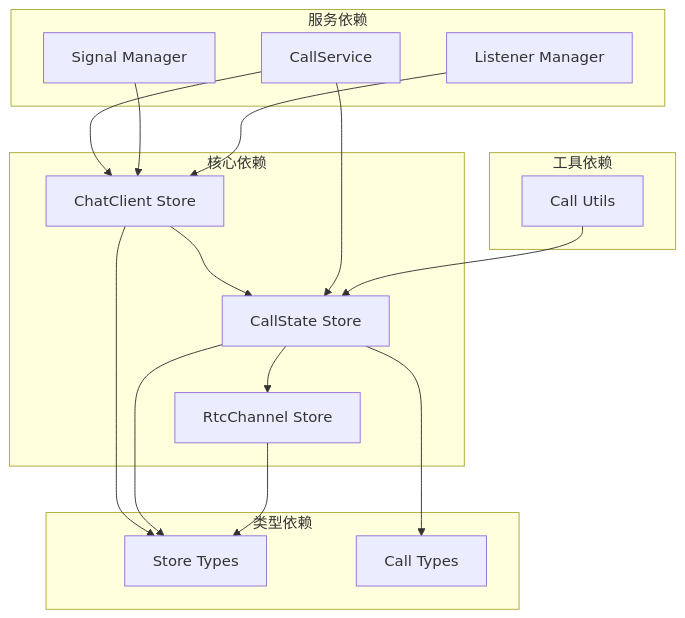
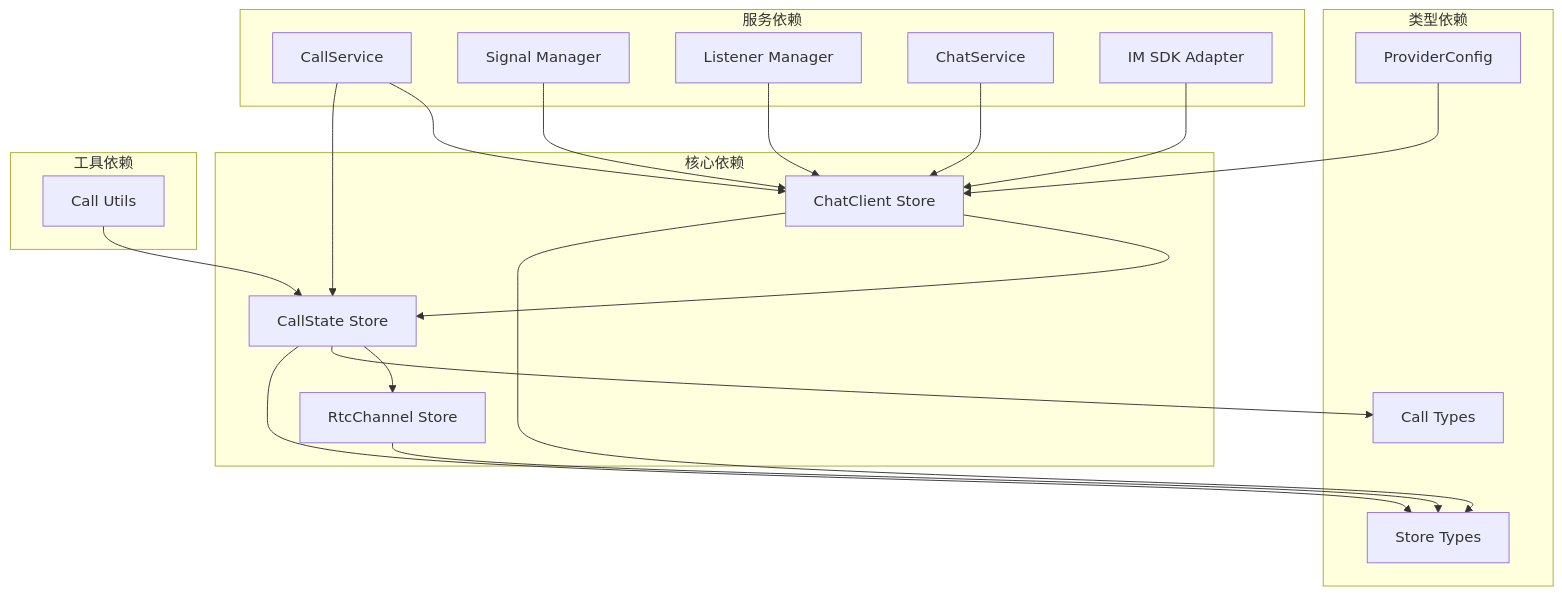
One commit to Easemob-Community/easemob-uikit-callkit-vue3 changed the tenth of 10 diagrams in .qoder/repowiki/zh/content/状态管理/ChatClient Store.md. Above: the diagram before and after it, drawn with Mermaid. The commit also changed other lines of this file and 58 other files, not shown here.

````diff
--- a/.qoder/repowiki/zh/content/状态管理/ChatClient Store.md
+++ b/.qoder/repowiki/zh/content/状态管理/ChatClient Store.md
@@ -282,31 +435,38 @@
 ```mermaid
 graph TB
 subgraph "核心依赖"
 ChatClient[ChatClient Store]
 CallState[CallState Store]
 RtcChannel[RtcChannel Store]
 end
 subgraph "类型依赖"
 Types[Store Types]
 CallTypes[Call Types]
+ProviderConfig[ProviderConfig]
 end
 subgraph "服务依赖"
 CallService[CallService]
 SignalManager[Signal Manager]
 ListenerManager[Listener Manager]
+ChatService[ChatService]
+IMSdkAdapter[IM SDK Adapter]
 end
 subgraph "工具依赖"
 CallUtils[Call Utils]
+IMSdkAdapter[IM SDK Adapter]
 end
 ChatClient --> CallState
 CallState --> RtcChannel
 CallService --> ChatClient
 CallService --> CallState
 SignalManager --> ChatClient
 ListenerManager --> ChatClient
+ChatService --> ChatClient
+IMSdkAdapter --> ChatClient
 CallState --> CallTypes
 ChatClient --> Types
 CallState --> Types
 RtcChannel --> Types
 CallUtils --> CallState
+ProviderConfig --> ChatClient
 ```
````
